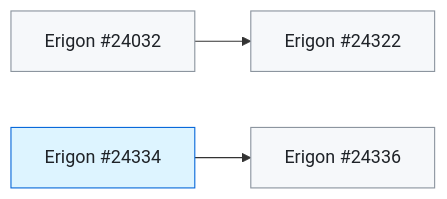
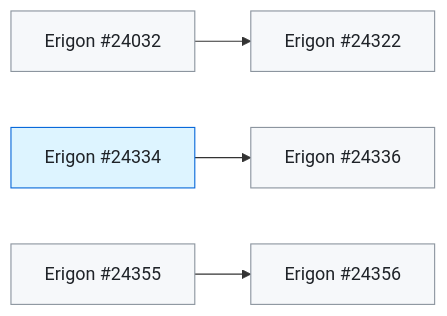
The first of 3 diagrams in docs/client-fixes.md (banteg/trace-interop), drawn with Mermaid before and after one commit. The commit also changed other lines of this file and 15 other files, not shown here.

````diff
--- a/docs/client-fixes.md
+++ b/docs/client-fixes.md
@@ -32,11 +32,14 @@
 ```mermaid
 flowchart LR
   Erigon_24322["Erigon #24322"]:::open
   Erigon_24032["Erigon #24032"]:::open
   Erigon_24336["Erigon #24336"]:::open
   Erigon_24334["Erigon #24334"]:::merged
+  Erigon_24356["Erigon #24356"]:::open
+  Erigon_24355["Erigon #24355"]:::open
   Erigon_24032 --> Erigon_24322
   Erigon_24334 --> Erigon_24336
+  Erigon_24355 --> Erigon_24356
   classDef open fill:#f6f8fa,stroke:#8c959f,color:#1f2328
   classDef merged fill:#ddf4ff,stroke:#0969da,color:#1f2328
 ```
````
